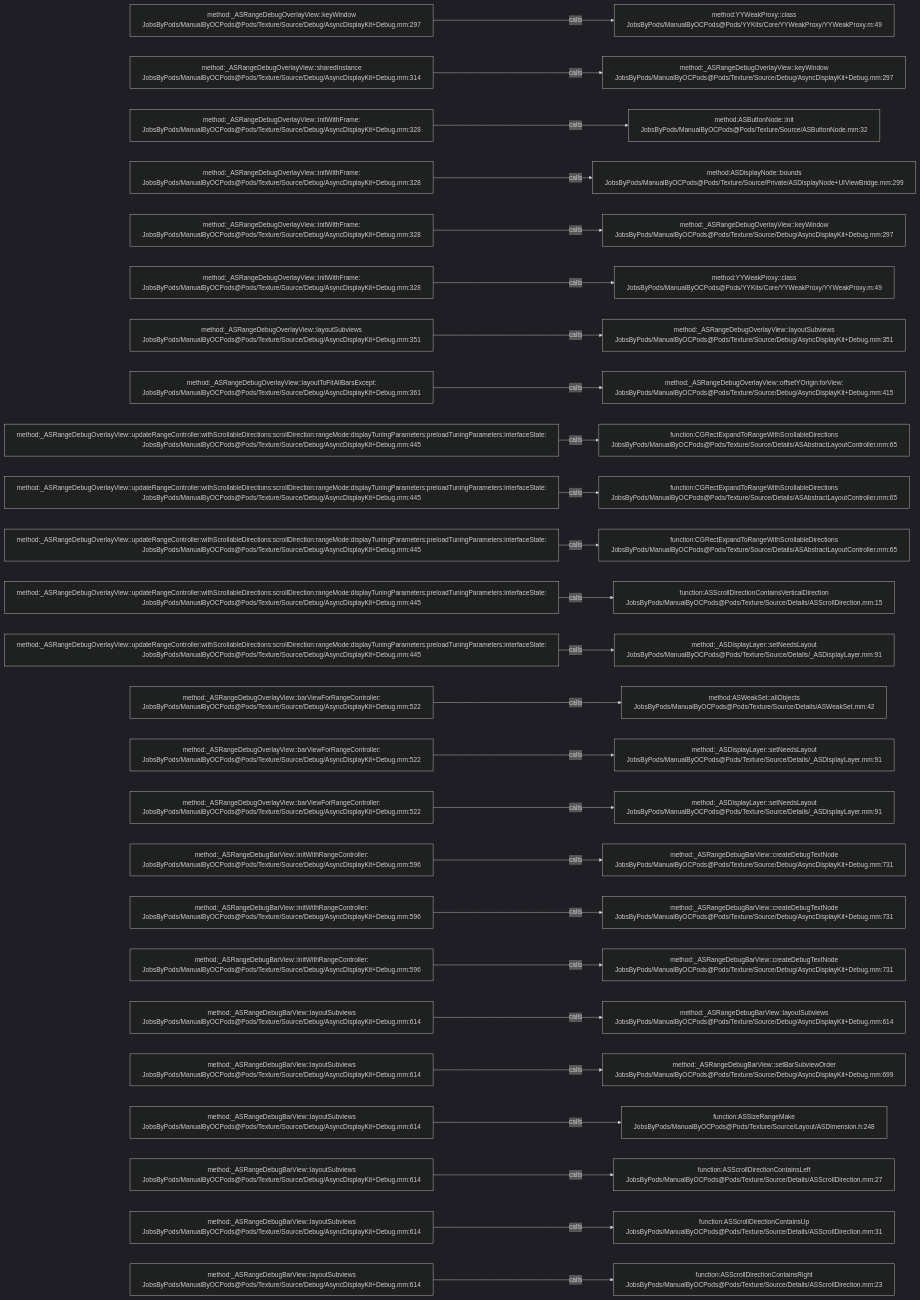
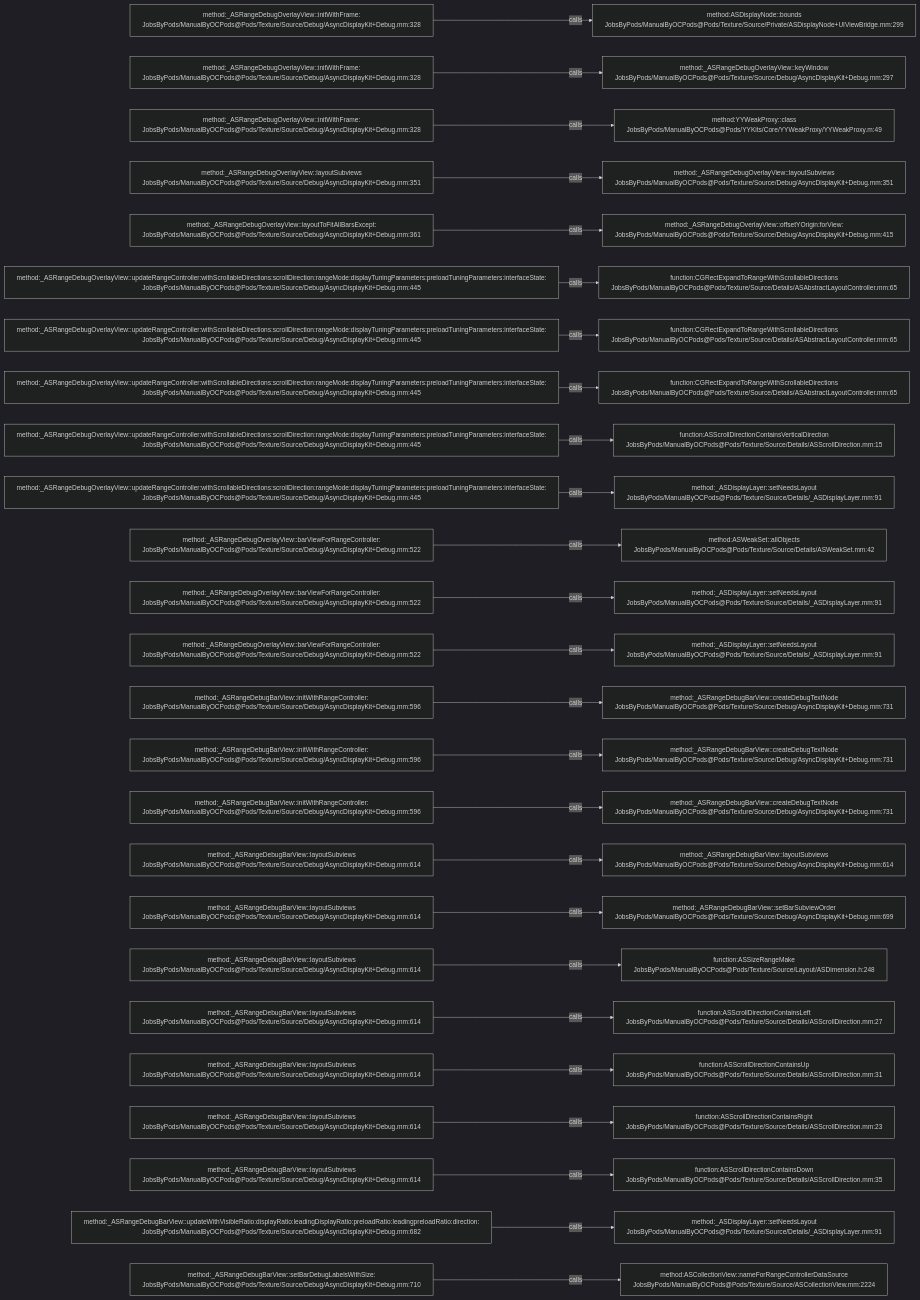
Before and after one commit to JobsKits/JobsOCBaseConfigDemo: the diagram in .codegraph/codegraph.md/graphs/calls-151.md, drawn with Mermaid (dark theme). The commit also changed 342 other files, not shown here.

````diff
--- a/.codegraph/codegraph.md/graphs/calls-151.md
+++ b/.codegraph/codegraph.md/graphs/calls-151.md
@@ -13,78 +13,78 @@
 ```mermaid
 flowchart LR
-  S1["method:_ASRangeDebugOverlayView::keyWindow<br/>JobsByPods/ManualByOCPods@Pods/Texture/Source/Debug/AsyncDisplayKit+Debug.mm:297"]
-  T1["method:YYWeakProxy::class<br/>JobsByPods/ManualByOCPods@Pods/YYKits/Core/YYWeakProxy/YYWeakProxy.m:49"]
+  S1["method:_ASRangeDebugOverlayView::initWithFrame:<br/>JobsByPods/ManualByOCPods@Pods/Texture/Source/Debug/AsyncDisplayKit+Debug.mm:328"]
+  T1["method:ASDisplayNode::bounds<br/>JobsByPods/ManualByOCPods@Pods/Texture/Source/Private/ASDisplayNode+UIViewBridge.mm:299"]
   S1 -->|calls| T1
-  S2["method:_ASRangeDebugOverlayView::sharedInstance<br/>JobsByPods/ManualByOCPods@Pods/Texture/Source/Debug/AsyncDisplayKit+Debug.mm:314"]
+  S2["method:_ASRangeDebugOverlayView::initWithFrame:<br/>JobsByPods/ManualByOCPods@Pods/Texture/Source/Debug/AsyncDisplayKit+Debug.mm:328"]
   T2["method:_ASRangeDebugOverlayView::keyWindow<br/>JobsByPods/ManualByOCPods@Pods/Texture/Source/Debug/AsyncDisplayKit+Debug.mm:297"]
   S2 -->|calls| T2
   S3["method:_ASRangeDebugOverlayView::initWithFrame:<br/>JobsByPods/ManualByOCPods@Pods/Texture/Source/Debug/AsyncDisplayKit+Debug.mm:328"]
-  T3["method:ASButtonNode::init<br/>JobsByPods/ManualByOCPods@Pods/Texture/Source/ASButtonNode.mm:32"]
+  T3["method:YYWeakProxy::class<br/>JobsByPods/ManualByOCPods@Pods/YYKits/Core/YYWeakProxy/YYWeakProxy.m:49"]
   S3 -->|calls| T3
-  S4["method:_ASRangeDebugOverlayView::initWithFrame:<br/>JobsByPods/ManualByOCPods@Pods/Texture/Source/Debug/AsyncDisplayKit+Debug.mm:328"]
-  T4["method:ASDisplayNode::bounds<br/>JobsByPods/ManualByOCPods@Pods/Texture/Source/Private/ASDisplayNode+UIViewBridge.mm:299"]
+  S4["method:_ASRangeDebugOverlayView::layoutSubviews<br/>JobsByPods/ManualByOCPods@Pods/Texture/Source/Debug/AsyncDisplayKit+Debug.mm:351"]
+  T4["method:_ASRangeDebugOverlayView::layoutSubviews<br/>JobsByPods/ManualByOCPods@Pods/Texture/Source/Debug/AsyncDisplayKit+Debug.mm:351"]
   S4 -->|calls| T4
-  S5["method:_ASRangeDebugOverlayView::initWithFrame:<br/>JobsByPods/ManualByOCPods@Pods/Texture/Source/Debug/AsyncDisplayKit+Debug.mm:328"]
-  T5["method:_ASRangeDebugOverlayView::keyWindow<br/>JobsByPods/ManualByOCPods@Pods/Texture/Source/Debug/AsyncDisplayKit+Debug.mm:297"]
+  S5["method:_ASRangeDebugOverlayView::layoutToFitAllBarsExcept:<br/>JobsByPods/ManualByOCPods@Pods/Texture/Source/Debug/AsyncDisplayKit+Debug.mm:361"]
+  T5["method:_ASRangeDebugOverlayView::offsetYOrigin:forView:<br/>JobsByPods/ManualByOCPods@Pods/Texture/Source/Debug/AsyncDisplayKit+Debug.mm:415"]
   S5 -->|calls| T5
-  S6["method:_ASRangeDebugOverlayView::initWithFrame:<br/>JobsByPods/ManualByOCPods@Pods/Texture/Source/Debug/AsyncDisplayKit+Debug.mm:328"]
-  T6["method:YYWeakProxy::class<br/>JobsByPods/ManualByOCPods@Pods/YYKits/Core/YYWeakProxy/YYWeakProxy.m:49"]
+  S6["method:_ASRangeDebugOverlayView::updateRangeController:withScrollableDirections:scrollDirection:rangeMode:displayTuningParameters:preloadTuningParameters:interfaceState:<br/>JobsByPods/ManualByOCPods@Pods/Texture/Source/Debug/AsyncDisplayKit+Debug.mm:445"]
+  T6["function:CGRectExpandToRangeWithScrollableDirections<br/>JobsByPods/ManualByOCPods@Pods/Texture/Source/Details/ASAbstractLayoutController.mm:65"]
   S6 -->|calls| T6
-  S7["method:_ASRangeDebugOverlayView::layoutSubviews<br/>JobsByPods/ManualByOCPods@Pods/Texture/Source/Debug/AsyncDisplayKit+Debug.mm:351"]
-  T7["method:_ASRangeDebugOverlayView::layoutSubviews<br/>JobsByPods/ManualByOCPods@Pods/Texture/Source/Debug/AsyncDisplayKit+Debug.mm:351"]
+  S7["method:_ASRangeDebugOverlayView::updateRangeController:withScrollableDirections:scrollDirection:rangeMode:displayTuningParameters:preloadTuningParameters:interfaceState:<br/>JobsByPods/ManualByOCPods@Pods/Texture/Source/Debug/AsyncDisplayKit+Debug.mm:445"]
+  T7["function:CGRectExpandToRangeWithScrollableDirections<br/>JobsByPods/ManualByOCPods@Pods/Texture/Source/Details/ASAbstractLayoutController.mm:65"]
   S7 -->|calls| T7
-  S8["method:_ASRangeDebugOverlayView::layoutToFitAllBarsExcept:<br/>JobsByPods/ManualByOCPods@Pods/Texture/Source/Debug/AsyncDisplayKit+Debug.mm:361"]
-  T8["method:_ASRangeDebugOverlayView::offsetYOrigin:forView:<br/>JobsByPods/ManualByOCPods@Pods/Texture/Source/Debug/AsyncDisplayKit+Debug.mm:415"]
+  S8["method:_ASRangeDebugOverlayView::updateRangeController:withScrollableDirections:scrollDirection:rangeMode:displayTuningParameters:preloadTuningParameters:interfaceState:<br/>JobsByPods/ManualByOCPods@Pods/Texture/Source/Debug/AsyncDisplayKit+Debug.mm:445"]
+  T8["function:CGRectExpandToRangeWithScrollableDirections<br/>JobsByPods/ManualByOCPods@Pods/Texture/Source/Details/ASAbstractLayoutController.mm:65"]
   S8 -->|calls| T8
   S9["method:_ASRangeDebugOverlayView::updateRangeController:withScrollableDirections:scrollDirection:rangeMode:displayTuningParameters:preloadTuningParameters:interfaceState:<br/>JobsByPods/ManualByOCPods@Pods/Texture/Source/Debug/AsyncDisplayKit+Debug.mm:445"]
-  T9["function:CGRectExpandToRangeWithScrollableDirections<br/>JobsByPods/ManualByOCPods@Pods/Texture/Source/Details/ASAbstractLayoutController.mm:65"]
+  T9["function:ASScrollDirectionContainsVerticalDirection<br/>JobsByPods/ManualByOCPods@Pods/Texture/Source/Details/ASScrollDirection.mm:15"]
   S9 -->|calls| T9
   S10["method:_ASRangeDebugOverlayView::updateRangeController:withScrollableDirections:scrollDirection:rangeMode:displayTuningParameters:preloadTuningParameters:interfaceState:<br/>JobsByPods/ManualByOCPods@Pods/Texture/Source/Debug/AsyncDisplayKit+Debug.mm:445"]
-  T10["function:CGRectExpandToRangeWithScrollableDirections<br/>JobsByPods/ManualByOCPods@Pods/Texture/Source/Details/ASAbstractLayoutController.mm:65"]
+  T10["method:_ASDisplayLayer::setNeedsLayout<br/>JobsByPods/ManualByOCPods@Pods/Texture/Source/Details/_ASDisplayLayer.mm:91"]
   S10 -->|calls| T10
-  S11["method:_ASRangeDebugOverlayView::updateRangeController:withScrollableDirections:scrollDirection:rangeMode:displayTuningParameters:preloadTuningParameters:interfaceState:<br/>JobsByPods/ManualByOCPods@Pods/Texture/Source/Debug/AsyncDisplayKit+Debug.mm:445"]
-  T11["function:CGRectExpandToRangeWithScrollableDirections<br/>JobsByPods/ManualByOCPods@Pods/Texture/Source/Details/ASAbstractLayoutController.mm:65"]
+  S11["method:_ASRangeDebugOverlayView::barViewForRangeController:<br/>JobsByPods/ManualByOCPods@Pods/Texture/Source/Debug/AsyncDisplayKit+Debug.mm:522"]
+  T11["method:ASWeakSet::allObjects<br/>JobsByPods/ManualByOCPods@Pods/Texture/Source/Details/ASWeakSet.mm:42"]
   S11 -->|calls| T11
-  S12["method:_ASRangeDebugOverlayView::updateRangeController:withScrollableDirections:scrollDirection:rangeMode:displayTuningParameters:preloadTuningParameters:interfaceState:<br/>JobsByPods/ManualByOCPods@Pods/Texture/Source/Debug/AsyncDisplayKit+Debug.mm:445"]
-  T12["function:ASScrollDirectionContainsVerticalDirection<br/>JobsByPods/ManualByOCPods@Pods/Texture/Source/Details/ASScrollDirection.mm:15"]
+  S12["method:_ASRangeDebugOverlayView::barViewForRangeController:<br/>JobsByPods/ManualByOCPods@Pods/Texture/Source/Debug/AsyncDisplayKit+Debug.mm:522"]
+  T12["method:_ASDisplayLayer::setNeedsLayout<br/>JobsByPods/ManualByOCPods@Pods/Texture/Source/Details/_ASDisplayLayer.mm:91"]
   S12 -->|calls| T12
-  S13["method:_ASRangeDebugOverlayView::updateRangeController:withScrollableDirections:scrollDirection:rangeMode:displayTuningParameters:preloadTuningParameters:interfaceState:<br/>JobsByPods/ManualByOCPods@Pods/Texture/Source/Debug/AsyncDisplayKit+Debug.mm:445"]
+  S13["method:_ASRangeDebugOverlayView::barViewForRangeController:<br/>JobsByPods/ManualByOCPods@Pods/Texture/Source/Debug/AsyncDisplayKit+Debug.mm:522"]
   T13["method:_ASDisplayLayer::setNeedsLayout<br/>JobsByPods/ManualByOCPods@Pods/Texture/Source/Details/_ASDisplayLayer.mm:91"]
   S13 -->|calls| T13
-  S14["method:_ASRangeDebugOverlayView::barViewForRangeController:<br/>JobsByPods/ManualByOCPods@Pods/Texture/Source/Debug/AsyncDisplayKit+Debug.mm:522"]
-  T14["method:ASWeakSet::allObjects<br/>JobsByPods/ManualByOCPods@Pods/Texture/Source/Details/ASWeakSet.mm:42"]
+  S14["method:_ASRangeDebugBarView::initWithRangeController:<br/>JobsByPods/ManualByOCPods@Pods/Texture/Source/Debug/AsyncDisplayKit+Debug.mm:596"]
+  T14["method:_ASRangeDebugBarView::createDebugTextNode<br/>JobsByPods/ManualByOCPods@Pods/Texture/Source/Debug/AsyncDisplayKit+Debug.mm:731"]
   S14 -->|calls| T14
-  S15["method:_ASRangeDebugOverlayView::barViewForRangeController:<br/>JobsByPods/ManualByOCPods@Pods/Texture/Source/Debug/AsyncDisplayKit+Debug.mm:522"]
-  T15["method:_ASDisplayLayer::setNeedsLayout<br/>JobsByPods/ManualByOCPods@Pods/Texture/Source/Details/_ASDisplayLayer.mm:91"]
+  S15["method:_ASRangeDebugBarView::initWithRangeController:<br/>JobsByPods/ManualByOCPods@Pods/Texture/Source/Debug/AsyncDisplayKit+Debug.mm:596"]
+  T15["method:_ASRangeDebugBarView::createDebugTextNode<br/>JobsByPods/ManualByOCPods@Pods/Texture/Source/Debug/AsyncDisplayKit+Debug.mm:731"]
   S15 -->|calls| T15
-  S16["method:_ASRangeDebugOverlayView::barViewForRangeController:<br/>JobsByPods/ManualByOCPods@Pods/Texture/Source/Debug/AsyncDisplayKit+Debug.mm:522"]
-  T16["method:_ASDisplayLayer::setNeedsLayout<br/>JobsByPods/ManualByOCPods@Pods/Texture/Source/Details/_ASDisplayLayer.mm:91"]
+  S16["method:_ASRangeDebugBarView::initWithRangeController:<br/>JobsByPods/ManualByOCPods@Pods/Texture/Source/Debug/AsyncDisplayKit+Debug.mm:596"]
+  T16["method:_ASRangeDebugBarView::createDebugTextNode<br/>JobsByPods/ManualByOCPods@Pods/Texture/Source/Debug/AsyncDisplayKit+Debug.mm:731"]
   S16 -->|calls| T16
-  S17["method:_ASRangeDebugBarView::initWithRangeController:<br/>JobsByPods/ManualByOCPods@Pods/Texture/Source/Debug/AsyncDisplayKit+Debug.mm:596"]
-  T17["method:_ASRangeDebugBarView::createDebugTextNode<br/>JobsByPods/ManualByOCPods@Pods/Texture/Source/Debug/AsyncDisplayKit+Debug.mm:731"]
+  S17["method:_ASRangeDebugBarView::layoutSubviews<br/>JobsByPods/ManualByOCPods@Pods/Texture/Source/Debug/AsyncDisplayKit+Debug.mm:614"]
+  T17["method:_ASRangeDebugBarView::layoutSubviews<br/>JobsByPods/ManualByOCPods@Pods/Texture/Source/Debug/AsyncDisplayKit+Debug.mm:614"]
   S17 -->|calls| T17
-  S18["method:_ASRangeDebugBarView::initWithRangeController:<br/>JobsByPods/ManualByOCPods@Pods/Texture/Source/Debug/AsyncDisplayKit+Debug.mm:596"]
-  T18["method:_ASRangeDebugBarView::createDebugTextNode<br/>JobsByPods/ManualByOCPods@Pods/Texture/Source/Debug/AsyncDisplayKit+Debug.mm:731"]
+  S18["method:_ASRangeDebugBarView::layoutSubviews<br/>JobsByPods/ManualByOCPods@Pods/Texture/Source/Debug/AsyncDisplayKit+Debug.mm:614"]
+  T18["method:_ASRangeDebugBarView::setBarSubviewOrder<br/>JobsByPods/ManualByOCPods@Pods/Texture/Source/Debug/AsyncDisplayKit+Debug.mm:699"]
   S18 -->|calls| T18
-  S19["method:_ASRangeDebugBarView::initWithRangeController:<br/>JobsByPods/ManualByOCPods@Pods/Texture/Source/Debug/AsyncDisplayKit+Debug.mm:596"]
-  T19["method:_ASRangeDebugBarView::createDebugTextNode<br/>JobsByPods/ManualByOCPods@Pods/Texture/Source/Debug/AsyncDisplayKit+Debug.mm:731"]
+  S19["method:_ASRangeDebugBarView::layoutSubviews<br/>JobsByPods/ManualByOCPods@Pods/Texture/Source/Debug/AsyncDisplayKit+Debug.mm:614"]
+  T19["function:ASSizeRangeMake<br/>JobsByPods/ManualByOCPods@Pods/Texture/Source/Layout/ASDimension.h:248"]
   S19 -->|calls| T19
   S20["method:_ASRangeDebugBarView::layoutSubviews<br/>JobsByPods/ManualByOCPods@Pods/Texture/Source/Debug/AsyncDisplayKit+Debug.mm:614"]
-  T20["method:_ASRangeDebugBarView::layoutSubviews<br/>JobsByPods/ManualByOCPods@Pods/Texture/Source/Debug/AsyncDisplayKit+Debug.mm:614"]
+  T20["function:ASScrollDirectionContainsLeft<br/>JobsByPods/ManualByOCPods@Pods/Texture/Source/Details/ASScrollDirection.mm:27"]
   S20 -->|calls| T20
   S21["method:_ASRangeDebugBarView::layoutSubviews<br/>JobsByPods/ManualByOCPods@Pods/Texture/Source/Debug/AsyncDisplayKit+Debug.mm:614"]
-  T21["method:_ASRangeDebugBarView::setBarSubviewOrder<br/>JobsByPods/ManualByOCPods@Pods/Texture/Source/Debug/AsyncDisplayKit+Debug.mm:699"]
+  T21["function:ASScrollDirectionContainsUp<br/>JobsByPods/ManualByOCPods@Pods/Texture/Source/Details/ASScrollDirection.mm:31"]
   S21 -->|calls| T21
   S22["method:_ASRangeDebugBarView::layoutSubviews<br/>JobsByPods/ManualByOCPods@Pods/Texture/Source/Debug/AsyncDisplayKit+Debug.mm:614"]
-  T22["function:ASSizeRangeMake<br/>JobsByPods/ManualByOCPods@Pods/Texture/Source/Layout/ASDimension.h:248"]
+  T22["function:ASScrollDirectionContainsRight<br/>JobsByPods/ManualByOCPods@Pods/Texture/Source/Details/ASScrollDirection.mm:23"]
   S22 -->|calls| T22
   S23["method:_ASRangeDebugBarView::layoutSubviews<br/>JobsByPods/ManualByOCPods@Pods/Texture/Source/Debug/AsyncDisplayKit+Debug.mm:614"]
-  T23["function:ASScrollDirectionContainsLeft<br/>JobsByPods/ManualByOCPods@Pods/Texture/Source/Details/ASScrollDirection.mm:27"]
+  T23["function:ASScrollDirectionContainsDown<br/>JobsByPods/ManualByOCPods@Pods/Texture/Source/Details/ASScrollDirection.mm:35"]
   S23 -->|calls| T23
-  S24["method:_ASRangeDebugBarView::layoutSubviews<br/>JobsByPods/ManualByOCPods@Pods/Texture/Source/Debug/AsyncDisplayKit+Debug.mm:614"]
-  T24["function:ASScrollDirectionContainsUp<br/>JobsByPods/ManualByOCPods@Pods/Texture/Source/Details/ASScrollDirection.mm:31"]
+  S24["method:_ASRangeDebugBarView::updateWithVisibleRatio:displayRatio:leadingDisplayRatio:preloadRatio:leadingpreloadRatio:direction:<br/>JobsByPods/ManualByOCPods@Pods/Texture/Source/Debug/AsyncDisplayKit+Debug.mm:682"]
+  T24["method:_ASDisplayLayer::setNeedsLayout<br/>JobsByPods/ManualByOCPods@Pods/Texture/Source/Details/_ASDisplayLayer.mm:91"]
   S24 -->|calls| T24
-  S25["method:_ASRangeDebugBarView::layoutSubviews<br/>JobsByPods/ManualByOCPods@Pods/Texture/Source/Debug/AsyncDisplayKit+Debug.mm:614"]
-  T25["function:ASScrollDirectionContainsRight<br/>JobsByPods/ManualByOCPods@Pods/Texture/Source/Details/ASScrollDirection.mm:23"]
+  S25["method:_ASRangeDebugBarView::setBarDebugLabelsWithSize:<br/>JobsByPods/ManualByOCPods@Pods/Texture/Source/Debug/AsyncDisplayKit+Debug.mm:710"]
+  T25["method:ASCollectionView::nameForRangeControllerDataSource<br/>JobsByPods/ManualByOCPods@Pods/Texture/Source/ASCollectionView.mm:2224"]
   S25 -->|calls| T25
 ```
````
